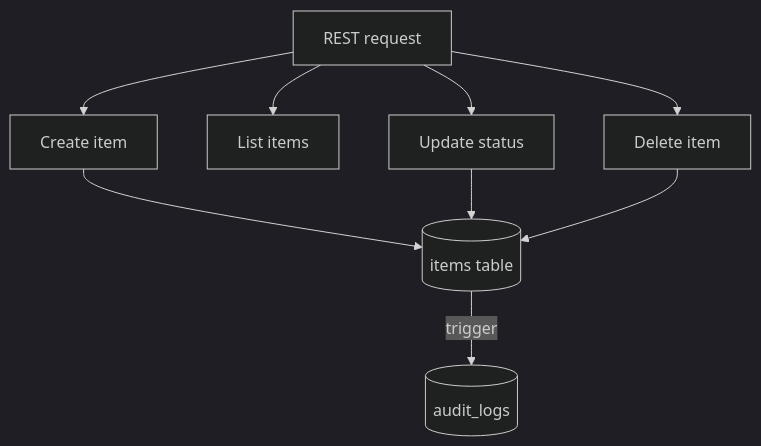
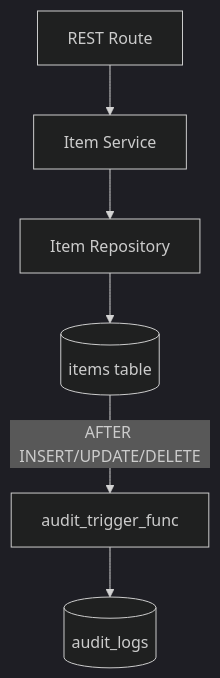
The third of 7 diagrams in kce_demo_rebuild-functional-spec.md (thedataengineer/client_demo), drawn with Mermaid (dark theme) before and after one commit. The commit also changed other lines of this file and 7 other files, not shown here.

````diff
--- a/kce_demo_rebuild-functional-spec.md
+++ b/kce_demo_rebuild-functional-spec.md
@@ -174,11 +223,8 @@
 ```mermaid
 graph TD
-  REQ[REST request] --> CREATE[Create item]
-  REQ --> LIST[List items]
-  REQ --> UPD[Update status]
-  REQ --> DELETE[Delete item]
-  CREATE --> ITEMS[(items table)]
-  UPD --> ITEMS
-  DELETE --> ITEMS
-  ITEMS -->|trigger| AUDIT[(audit_logs)]
+  R[REST Route] --> S[Item Service]
+  S --> Repo[Item Repository]
+  Repo --> DB[(items table)]
+  DB -->|AFTER INSERT/UPDATE/DELETE| T[audit_trigger_func]
+  T --> AL[(audit_logs)]
 ```
````
